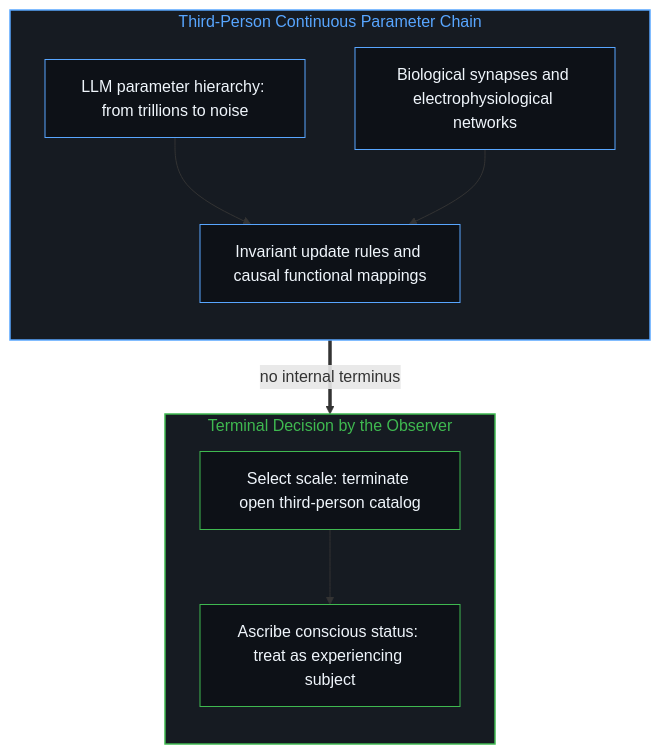
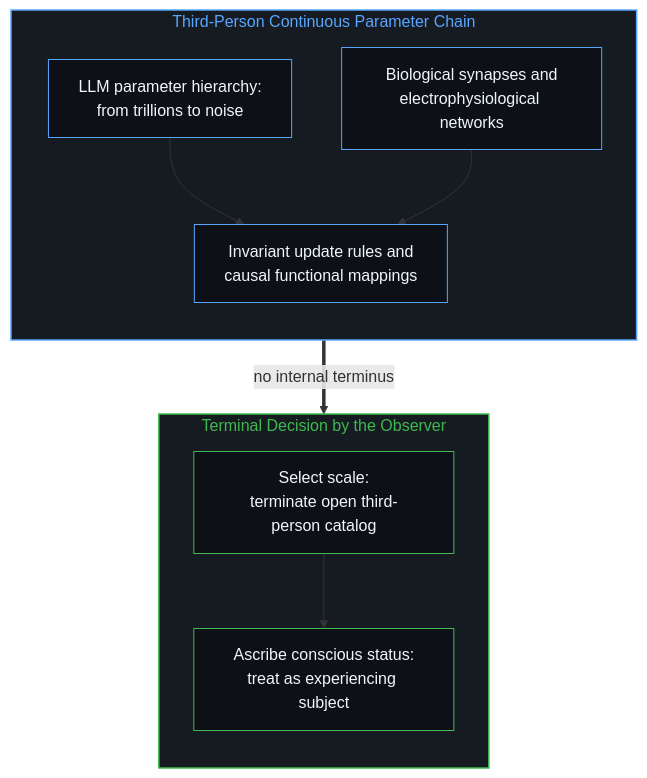
The second of 8 diagrams in content/posts/consciousness-ascription-and-the-quantum-cut.md (powerpig99/not-a-toe), drawn with Mermaid before and after one commit. The commit also changed other lines of this file and 2 other files, not shown here.

````diff
--- a/content/posts/consciousness-ascription-and-the-quantum-cut.md
+++ b/content/posts/consciousness-ascription-and-the-quantum-cut.md
@@ -47,27 +47,27 @@
 ```mermaid
 flowchart TD
     subgraph S_CHAIN_EN ["Third-Person Continuous Parameter Chain"]
         direction TB
         style S_CHAIN_EN fill:#161b22,stroke:#58a6ff,stroke-width:1.5px,color:#58a6ff
-        C_LLM["LLM parameter hierarchy: from trillions to noise"]
-        C_Bio["Biological synapses and electrophysiological networks"]
-        C_Rules["Invariant update rules and causal functional mappings"]
+        C_LLM["LLM parameter hierarchy:<br/>from trillions to noise"]
+        C_Bio["Biological synapses and<br/>electrophysiological networks"]
+        C_Rules["Invariant update rules and<br/>causal functional mappings"]
         C_LLM --> C_Rules
         C_Bio --> C_Rules
         style C_LLM fill:#0d1117,stroke:#58a6ff,stroke-width:1px,color:#f0f6fc
         style C_Bio fill:#0d1117,stroke:#58a6ff,stroke-width:1px,color:#f0f6fc
         style C_Rules fill:#0d1117,stroke:#58a6ff,stroke-width:1px,color:#f0f6fc
     end
 
     subgraph S_CUT_EN ["Terminal Decision by the Observer"]
         direction TB
         style S_CUT_EN fill:#161b22,stroke:#3fb950,stroke-width:1.5px,color:#3fb950
-        O_Decide["Select scale: terminate open third-person catalog"]
-        O_Ascribe["Ascribe conscious status: treat as experiencing subject"]
+        O_Decide["Select scale:<br/>terminate open third-person catalog"]
+        O_Ascribe["Ascribe conscious status:<br/>treat as experiencing subject"]
         O_Decide --> O_Ascribe
         style O_Decide fill:#0d1117,stroke:#3fb950,stroke-width:1px,color:#f0f6fc
         style O_Ascribe fill:#0d1117,stroke:#3fb950,stroke-width:1px,color:#f0f6fc
     end
 
     C_Rules ==>|"no internal terminus"| O_Decide
 ```
````
